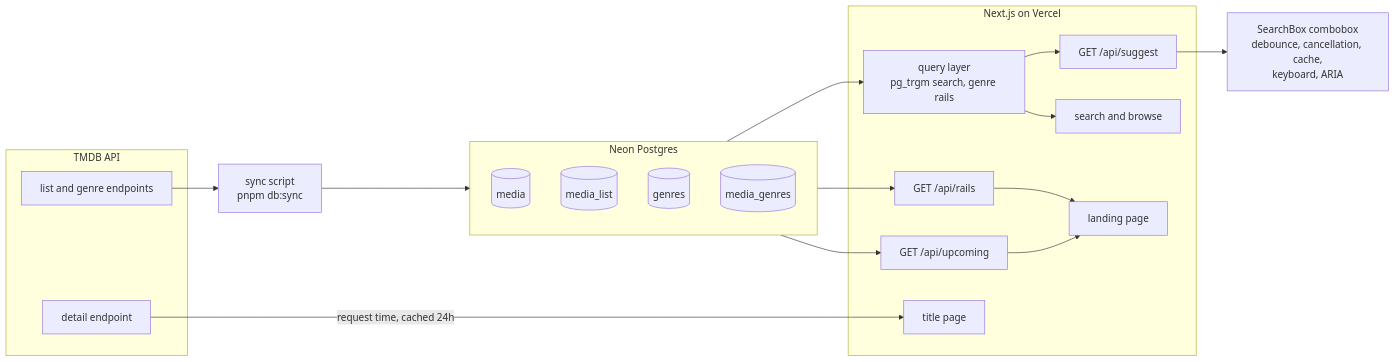
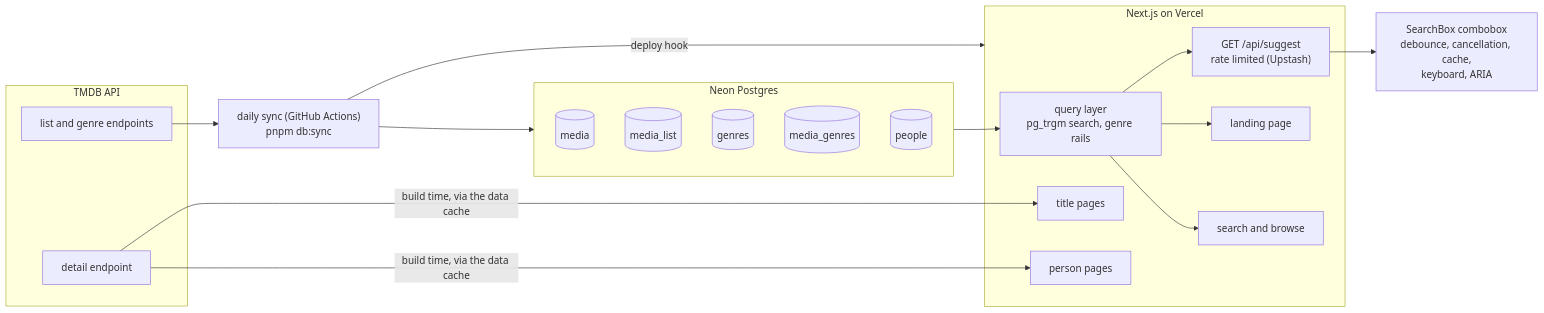
The diagram in README.md (SauelAlmonte/typecast), drawn with Mermaid before and after one commit. The commit also changed other lines of this file and 20 other files, not shown here.

````diff
--- a/README.md
+++ b/README.md
@@ -40,36 +40,37 @@
 ```mermaid
 flowchart LR
   subgraph TMDB[TMDB API]
     LISTS["list and genre endpoints"]
     DETAIL["detail endpoint"]
   end
 
-  SYNC["sync script<br/>pnpm db:sync"]
+  SYNC["daily sync (GitHub Actions)<br/>pnpm db:sync"]
 
   subgraph NEON[Neon Postgres]
     MEDIA[("media")]
     LIST[("media_list")]
     GEN[("genres")]
     MG[("media_genres")]
+    PPL[("people")]
   end
 
   subgraph APP[Next.js on Vercel]
     Q["query layer<br/>pg_trgm search, genre rails"]
-    SUG["GET /api/suggest"]
-    RAILS["GET /api/rails"]
-    UP["GET /api/upcoming"]
+    SUG["GET /api/suggest<br/>rate limited (Upstash)"]
     LAND["landing page"]
     SRCH["search and browse"]
-    TITLE["title page"]
+    TITLE["title pages"]
+    PERSON["person pages"]
   end
 
   SB["SearchBox combobox<br/>debounce, cancellation, cache,<br/>keyboard, ARIA"]
 
   LISTS --> SYNC --> NEON
+  SYNC -->|"deploy hook"| APP
   NEON --> Q
   Q --> SUG --> SB
   Q --> SRCH
-  NEON --> RAILS --> LAND
-  NEON --> UP --> LAND
-  DETAIL -->|"request time, cached 24h"| TITLE
+  Q --> LAND
+  DETAIL -->|"build time, via the data cache"| TITLE
+  DETAIL -->|"build time, via the data cache"| PERSON
 ```
````
